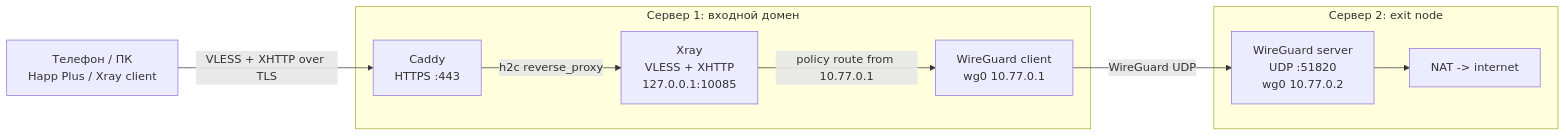
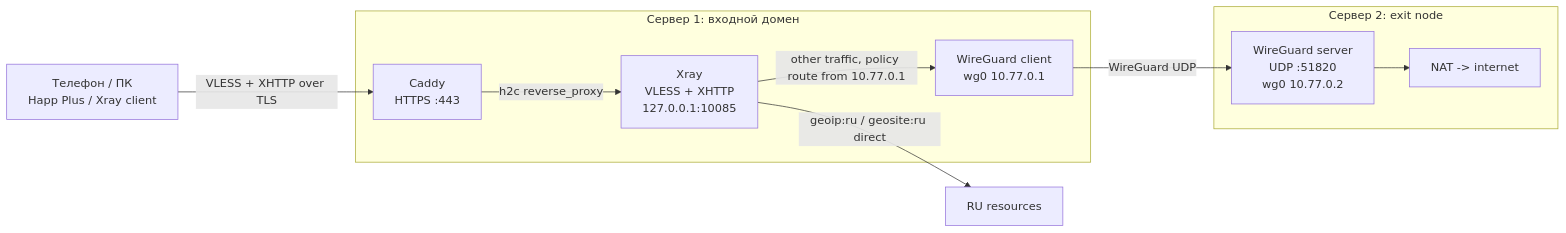
Before and after one commit to esovgirenko/hysteria: the diagram in dual-server/README.md, drawn with Mermaid. The commit also changed other lines of this file and 1 other file, not shown here.

Commit message:
Route Russian traffic direct in dual setup

````diff
--- a/dual-server/README.md
+++ b/dual-server/README.md
@@ -17,21 +18,22 @@
 ```mermaid
 flowchart LR
     APP["Телефон / ПК<br>Happ Plus / Xray client"]
 
     subgraph S1["Сервер 1: входной домен"]
         CADDY["Caddy<br>HTTPS :443"]
         XRAY["Xray<br>VLESS + XHTTP<br>127.0.0.1:10085"]
         WG1["WireGuard client<br>wg0 10.77.0.1"]
     end
 
     subgraph S2["Сервер 2: exit node"]
         WG2["WireGuard server<br>UDP :51820<br>wg0 10.77.0.2"]
         NAT["NAT -> internet"]
     end
 
     APP -->|"VLESS + XHTTP over TLS"| CADDY
     CADDY -->|"h2c reverse_proxy"| XRAY
-    XRAY -->|"policy route from 10.77.0.1"| WG1
+    XRAY -->|"geoip:ru / geosite:ru direct"| RUS["RU resources"]
+    XRAY -->|"other traffic, policy route from 10.77.0.1"| WG1
     WG1 -->|"WireGuard UDP"| WG2
     WG2 --> NAT
 ```
````
